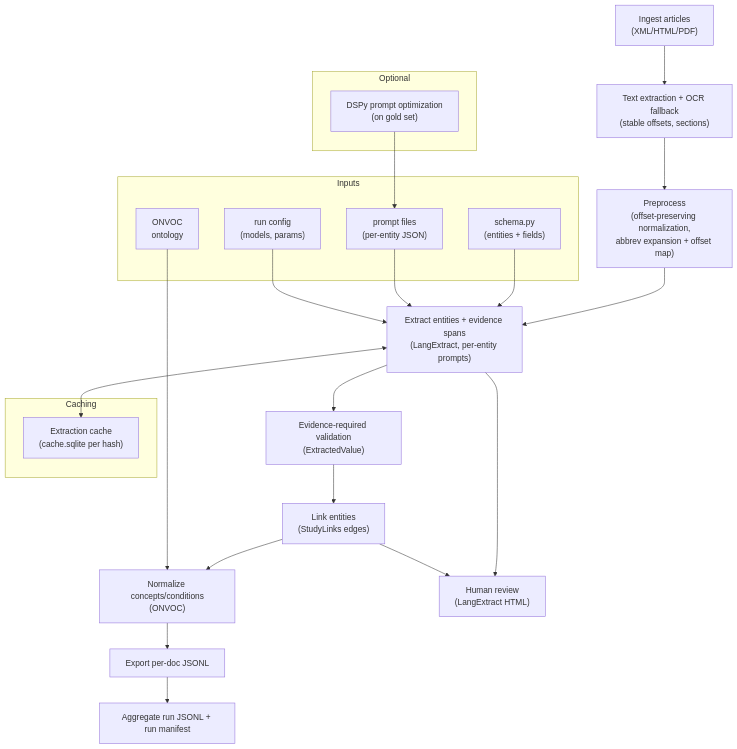
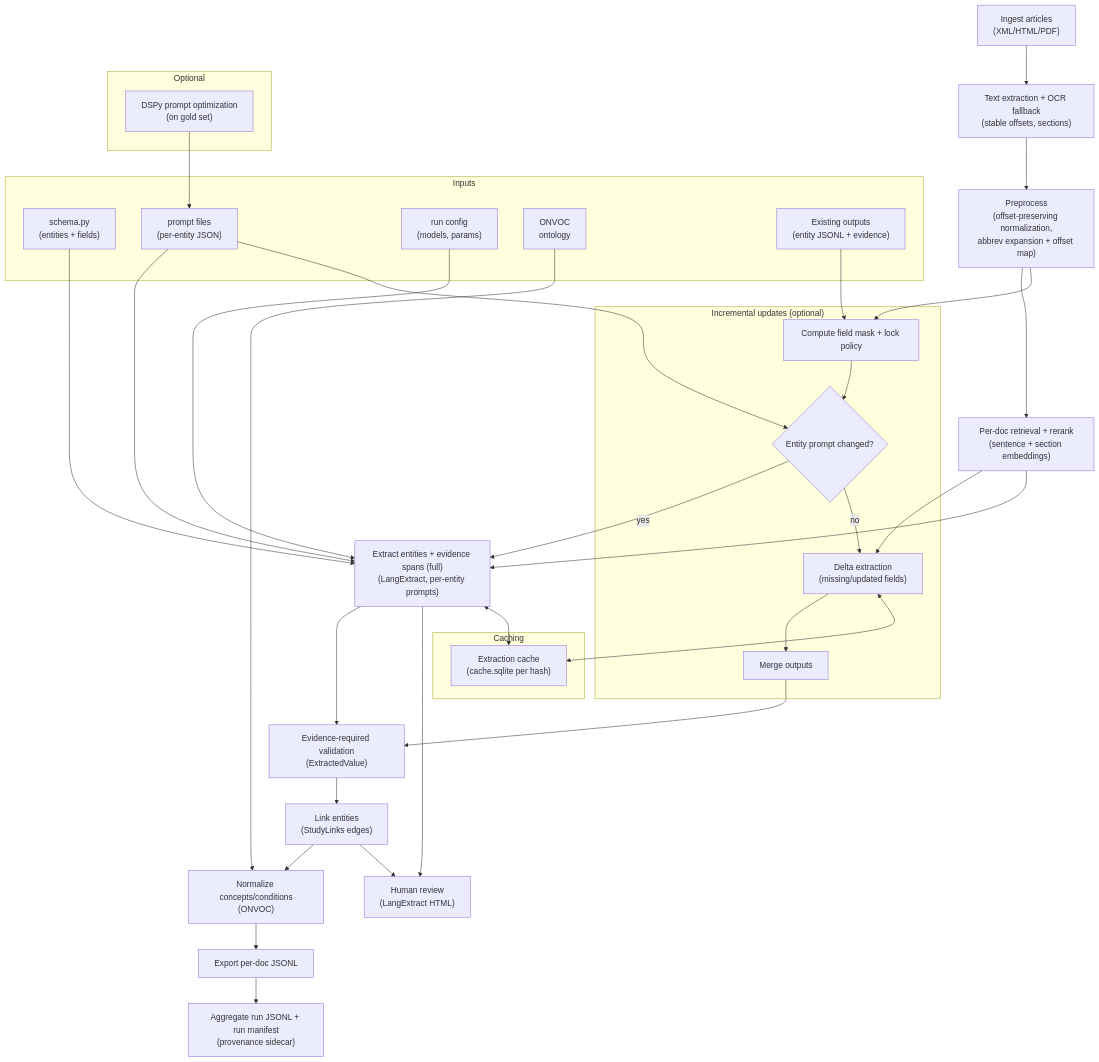
Before and after one commit to neurostuff/pondie: the diagram in README.md, drawn with Mermaid. The commit also changed other lines of this file and 2 other files, not shown here.

````diff
--- a/README.md
+++ b/README.md
@@ -33,36 +53,56 @@
 ```mermaid
 flowchart TD
   A["Ingest articles<br/>(XML/HTML/PDF)"] --> B["Text extraction + OCR fallback<br/>(stable offsets, sections)"]
   B --> C["Preprocess<br/>(offset-preserving normalization,<br/>abbrev expansion + offset map)"]
-  C --> D["Extract entities + evidence spans<br/>(LangExtract, per-entity prompts)"]
+  C --> Q["Per-doc retrieval + rerank<br/>(sentence + section embeddings)"]
+  Q --> D["Extract entities + evidence spans (full)<br/>(LangExtract, per-entity prompts)"]
   D --> E["Evidence-required validation<br/>(ExtractedValue)"]
   E --> F["Link entities<br/>(StudyLinks edges)"]
   F --> G["Normalize concepts/conditions<br/>(ONVOC)"]
   G --> H["Export per-doc JSONL"]
-  H --> I["Aggregate run JSONL + run manifest"]
+  H --> I["Aggregate run JSONL + run manifest<br/>(provenance sidecar)"]
 
   D --> R["Human review<br/>(LangExtract HTML)"]
   F --> R
 
   subgraph Inputs
     S["schema.py<br/>(entities + fields)"]
     P["prompt files<br/>(per-entity JSON)"]
     Cfg["run config<br/>(models, params)"]
     V["ONVOC<br/>ontology"]
+    X["Existing outputs<br/>(entity JSONL + evidence)"]
   end
 
   S --> D
   P --> D
   Cfg --> D
   V --> G
 
+  subgraph Incremental_Updates["Incremental updates (optional)"]
+    Y["Compute field mask + lock policy"]
+    Z{"Entity prompt changed?"}
+    W["Delta extraction<br/>(missing/updated fields)"]
+    M["Merge outputs"]
+  end
+
+  C --> Y
+  X --> Y
+  P --> Z
+  Y --> Z
+  Z -- "yes" --> D
+  Z -- "no" --> W
+  Q --> W
+  W --> M
+  M --> E
+
   subgraph Caching
     Cache["Extraction cache<br/>(cache.sqlite per hash)"]
   end
   D <--> Cache
+  W <--> Cache
 
   subgraph Optional
     O["DSPy prompt optimization<br/>(on gold set)"]
   end
   O --> P
 ```
````
